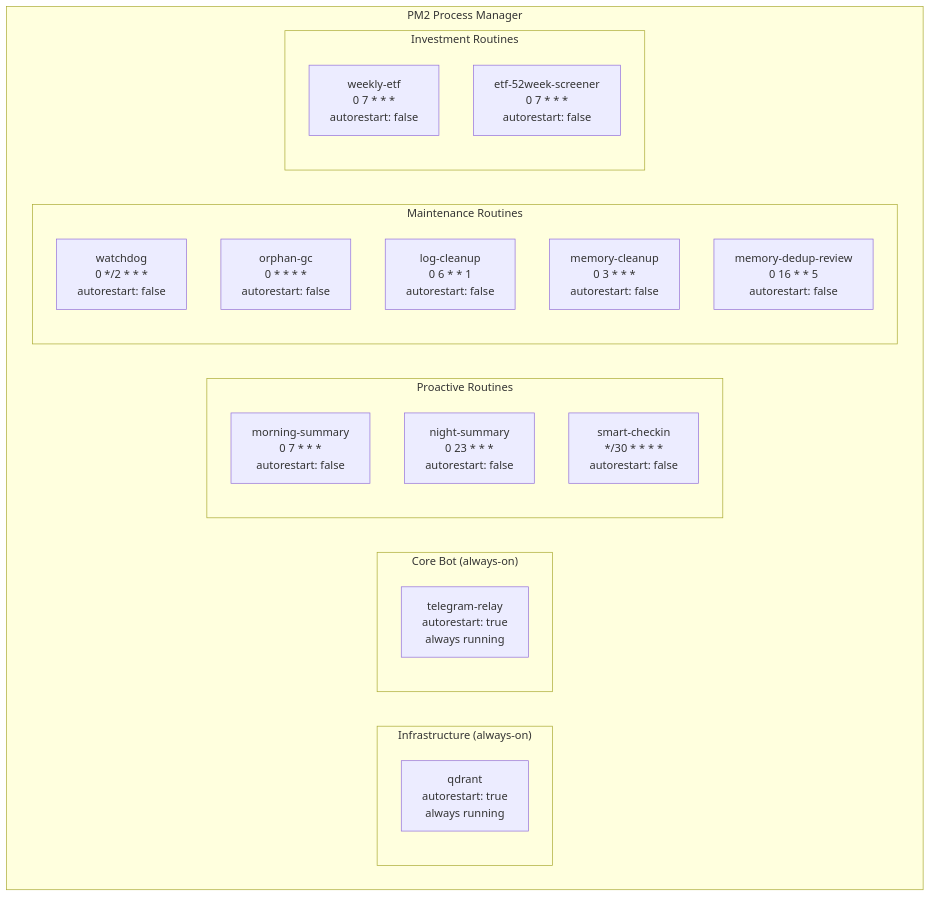
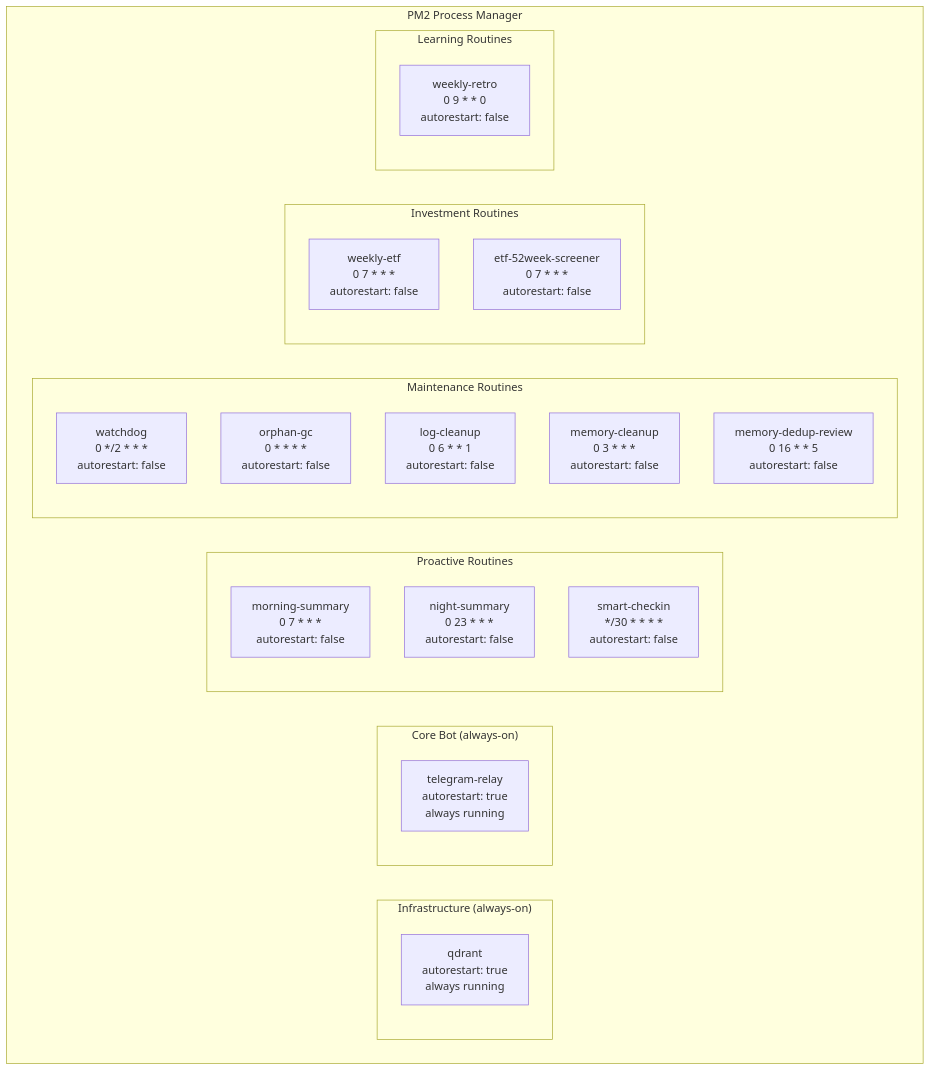
Before and after one commit to furi-wigt/claude-telegram-relay: the first of 5 diagrams in docs/routines-system.md, drawn with Mermaid. The commit also changed other lines of this file and 3 other files, not shown here.

First line of the commit message:
docs: update docs for self-learning Phase 1 — /reflect command, weekly-retro, learning memory type

````diff
--- a/docs/routines-system.md
+++ b/docs/routines-system.md
@@ -41,31 +41,35 @@
 ```mermaid
 graph TB
     subgraph PM2["PM2 Process Manager"]
         subgraph Infra["Infrastructure (always-on)"]
             QD[qdrant\nautorestart: true\nalways running]
         end
 
         subgraph Core["Core Bot (always-on)"]
             TR[telegram-relay\nautorestart: true\nalways running]
         end
 
         subgraph Proactive["Proactive Routines"]
             MS[morning-summary\n0 7 * * *\nautorestart: false]
             NS[night-summary\n0 23 * * *\nautorestart: false]
             SC[smart-checkin\n*/30 * * * *\nautorestart: false]
         end
 
         subgraph Maintenance["Maintenance Routines"]
             WD[watchdog\n0 */2 * * *\nautorestart: false]
             OG[orphan-gc\n0 * * * *\nautorestart: false]
             LC[log-cleanup\n0 6 * * 1\nautorestart: false]
             MC[memory-cleanup\n0 3 * * *\nautorestart: false]
             MD[memory-dedup-review\n0 16 * * 5\nautorestart: false]
         end
 
         subgraph Investment["Investment Routines"]
             WE[weekly-etf\n0 7 * * *\nautorestart: false]
             ES[etf-52week-screener\n0 7 * * *\nautorestart: false]
         end
+
+        subgraph Learning["Learning Routines"]
+            WR[weekly-retro\n0 9 * * 0\nautorestart: false]
+        end
     end
 ```
````
